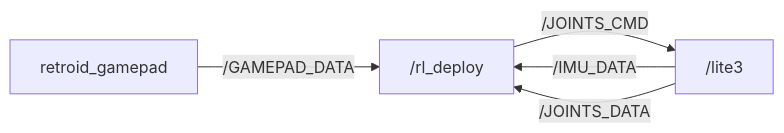
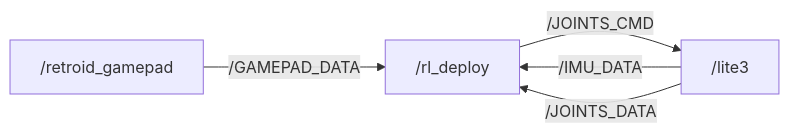
The second of 2 diagrams in src/Lite3_sdk_deploy/README.md (HKU-OUGE/sdk_deploy), drawn with Mermaid before and after one commit.

Commit message:
add links

````diff
--- a/src/Lite3_sdk_deploy/README.md
+++ b/src/Lite3_sdk_deploy/README.md
@@ -16,7 +16,7 @@
 ```mermaid
 graph LR
     A["/rl_deploy"] -->|/JOINTS_CMD| B["/lite3"]
     B -->|/IMU_DATA| A
     B -->|/JOINTS_DATA| A
-    C["retroid_gamepad"] -->|/GAMEPAD_DATA| A
+    C["/retroid_gamepad"] -->|/GAMEPAD_DATA| A
 ```
````
